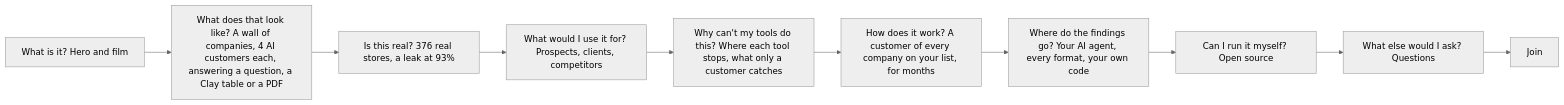
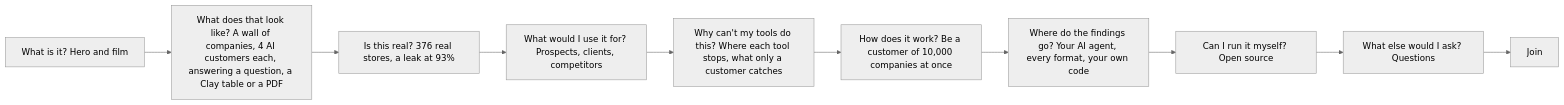
One commit to UseObsession/homepage changed the second of 2 diagrams in COPY.md. Above: the diagram before and after it, drawn with Mermaid (neutral theme). The commit also changed other lines of this file and 8 other files, not shown here.

````diff
--- a/COPY.md
+++ b/COPY.md
@@ -163,11 +163,11 @@
 ```mermaid
 flowchart LR
   a["What is it? Hero and film"] --> l["What does that look like? A wall of companies, 4 AI customers each, answering a question, a Clay table or a PDF"]
   l --> b["Is this real? 376 real stores, a leak at 93%"]
   b --> e["What would I use it for? Prospects, clients, competitors"]
   e --> d["Why can't my tools do this? Where each tool stops, what only a customer catches"]
-  d --> c["How does it work? A customer of every company on your list, for months"]
+  d --> c["How does it work? Be a customer of 10,000 companies at once"]
   c --> c2["Where do the findings go? Your AI agent, every format, your own code"]
   c2 --> o["Can I run it myself? Open source"]
   o --> j["What else would I ask? Questions"] --> k["Join"]
 ```
````
